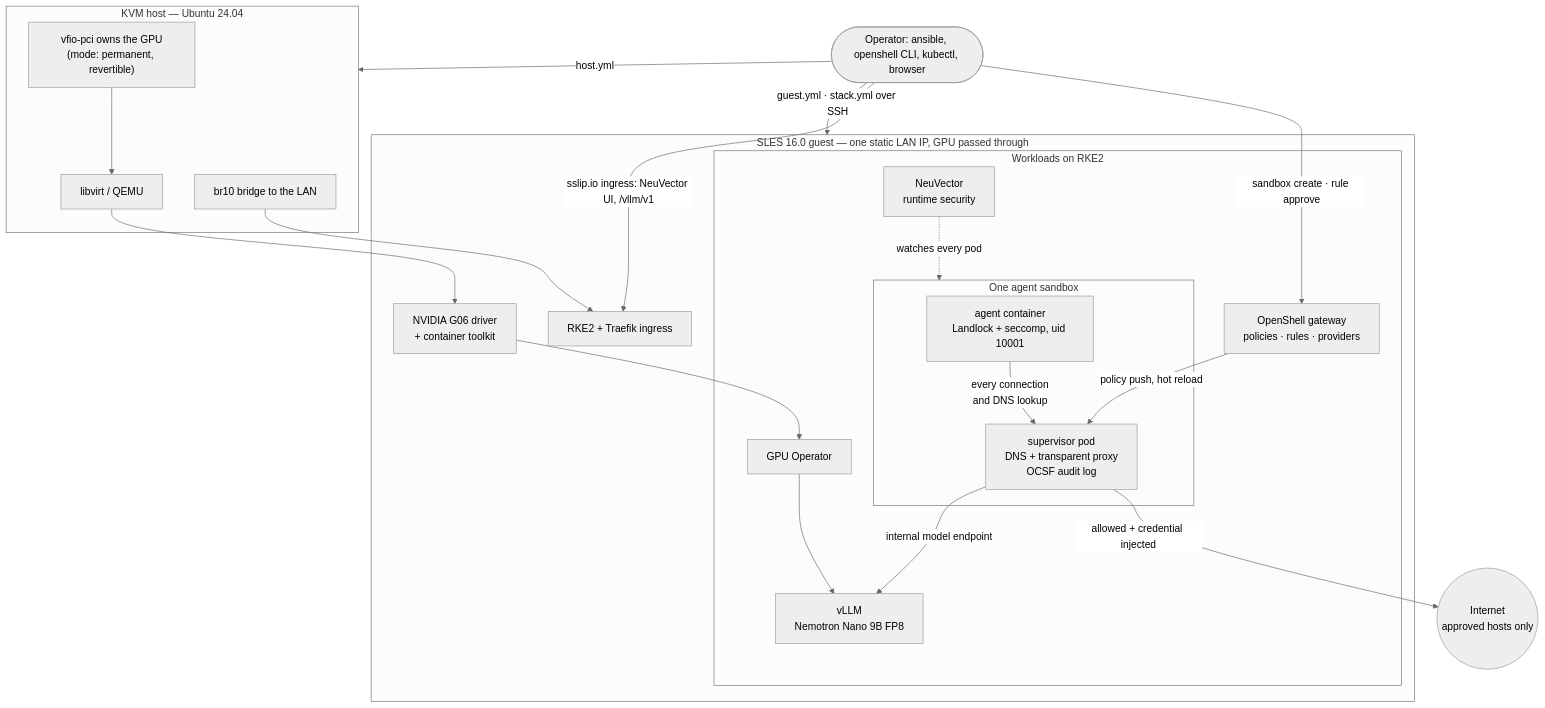
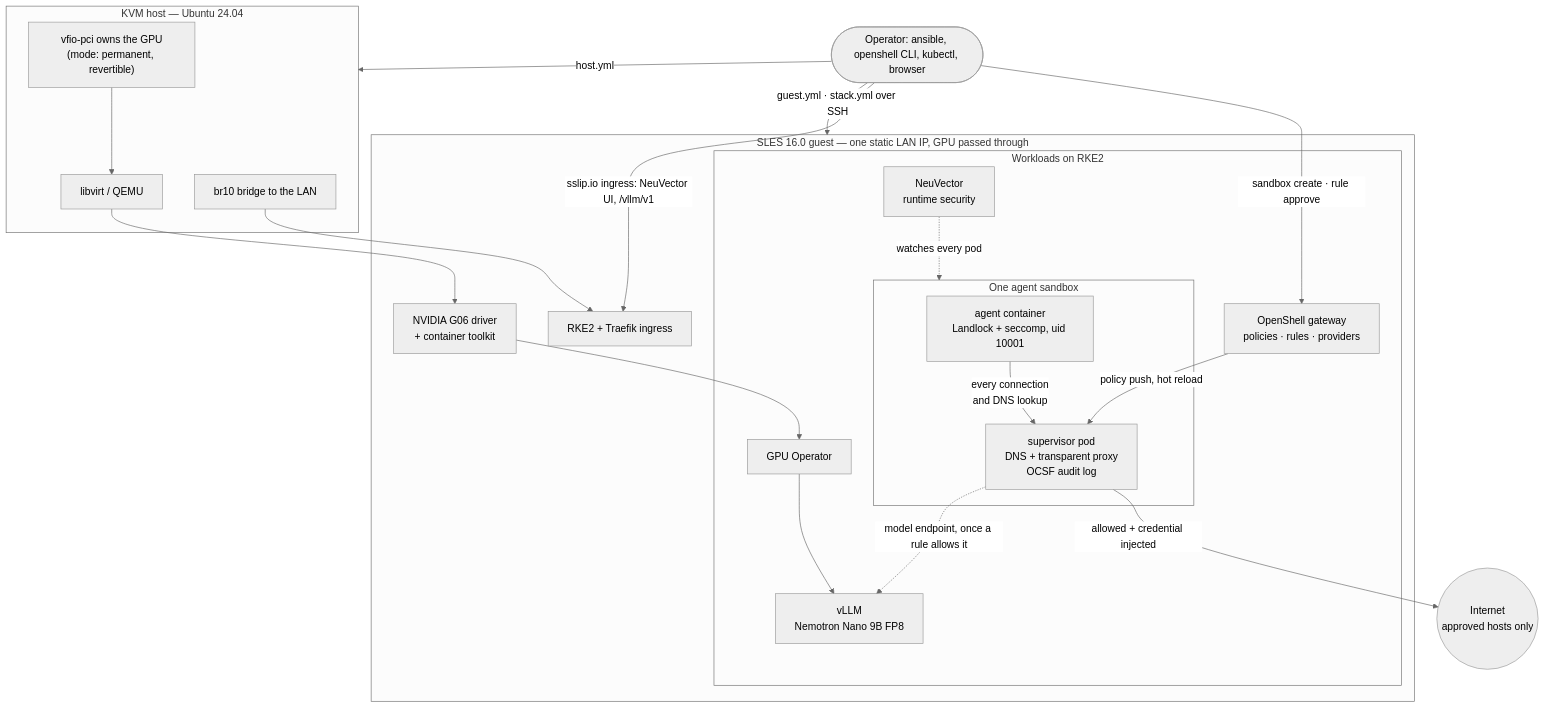
The diagram in README.md (omerfsen/agentic-secops-lab), drawn with Mermaid (neutral theme) before and after one commit. The commit also changed other lines of this file and 14 other files, not shown here.

````diff
--- a/README.md
+++ b/README.md
@@ -63,39 +69,39 @@
 ```mermaid
 flowchart TB
     op(["Operator: ansible, openshell CLI, kubectl, browser"])
 
     subgraph host["KVM host — Ubuntu 24.04"]
         br10["br10 bridge to the LAN"]
         vfio["vfio-pci owns the GPU<br>(mode: permanent, revertible)"]
         libvirt["libvirt / QEMU"]
     end
 
     subgraph guest["SLES 16.0 guest — one static LAN IP, GPU passed through"]
         drv["NVIDIA G06 driver<br>+ container toolkit"]
         rke2["RKE2 + Traefik ingress"]
         subgraph k8s["Workloads on RKE2"]
             gpuop["GPU Operator"]
             vllm["vLLM<br>Nemotron Nano 9B FP8"]
             nv["NeuVector<br>runtime security"]
             gw["OpenShell gateway<br>policies · rules · providers"]
             subgraph sbx["One agent sandbox"]
                 agent["agent container<br>Landlock + seccomp, uid 10001"]
                 sup["supervisor pod<br>DNS + transparent proxy<br>OCSF audit log"]
             end
         end
     end
 
     inet(("Internet<br>approved hosts only"))
 
     op -- "host.yml" --> host
     op -- "guest.yml · stack.yml over SSH" --> guest
     vfio --> libvirt --> drv --> gpuop --> vllm
     br10 --> rke2
     op -- "sandbox create · rule approve" --> gw
     gw -- "policy push, hot reload" --> sup
     agent -- "every connection<br>and DNS lookup" --> sup
     sup -- "allowed + credential injected" --> inet
-    sup -- "internal model endpoint" --> vllm
+    sup -. "model endpoint, once a rule allows it" .-> vllm
     nv -. "watches every pod" .-> sbx
     op -- "sslip.io ingress: NeuVector UI, /vllm/v1" --> rke2
 ```
````
